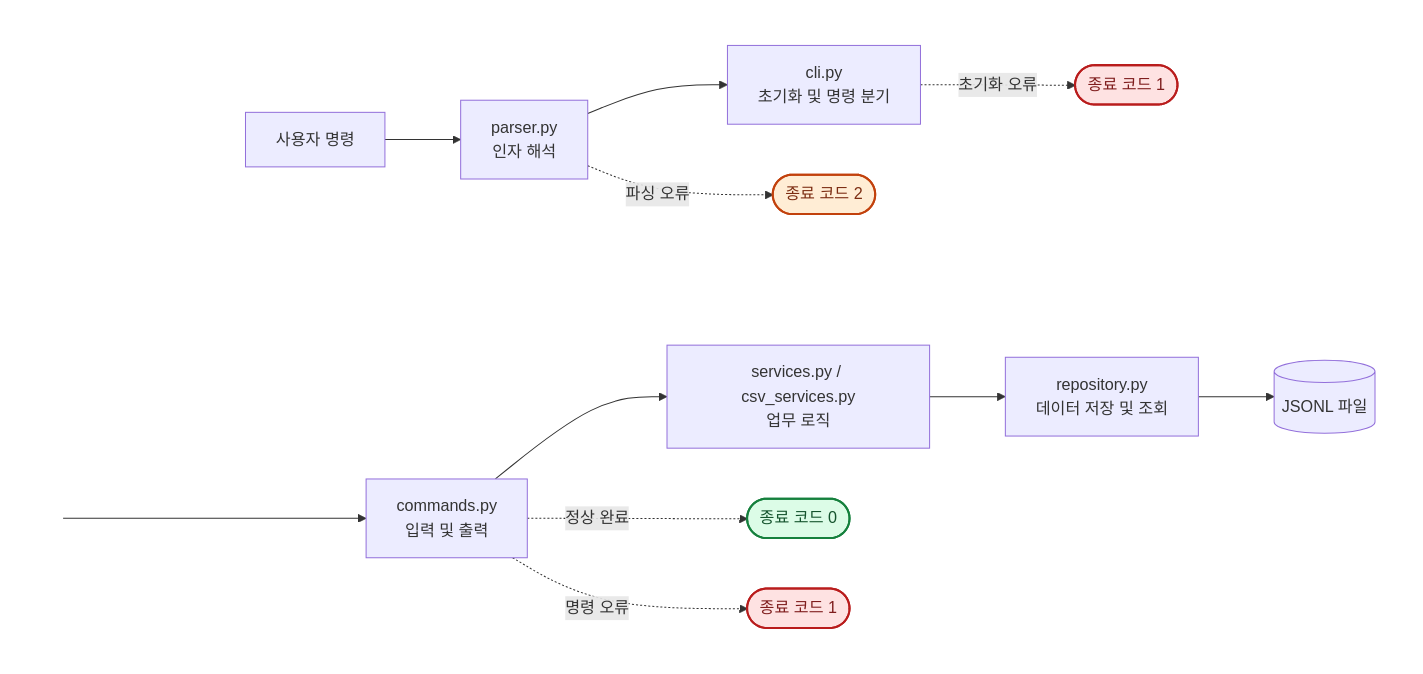
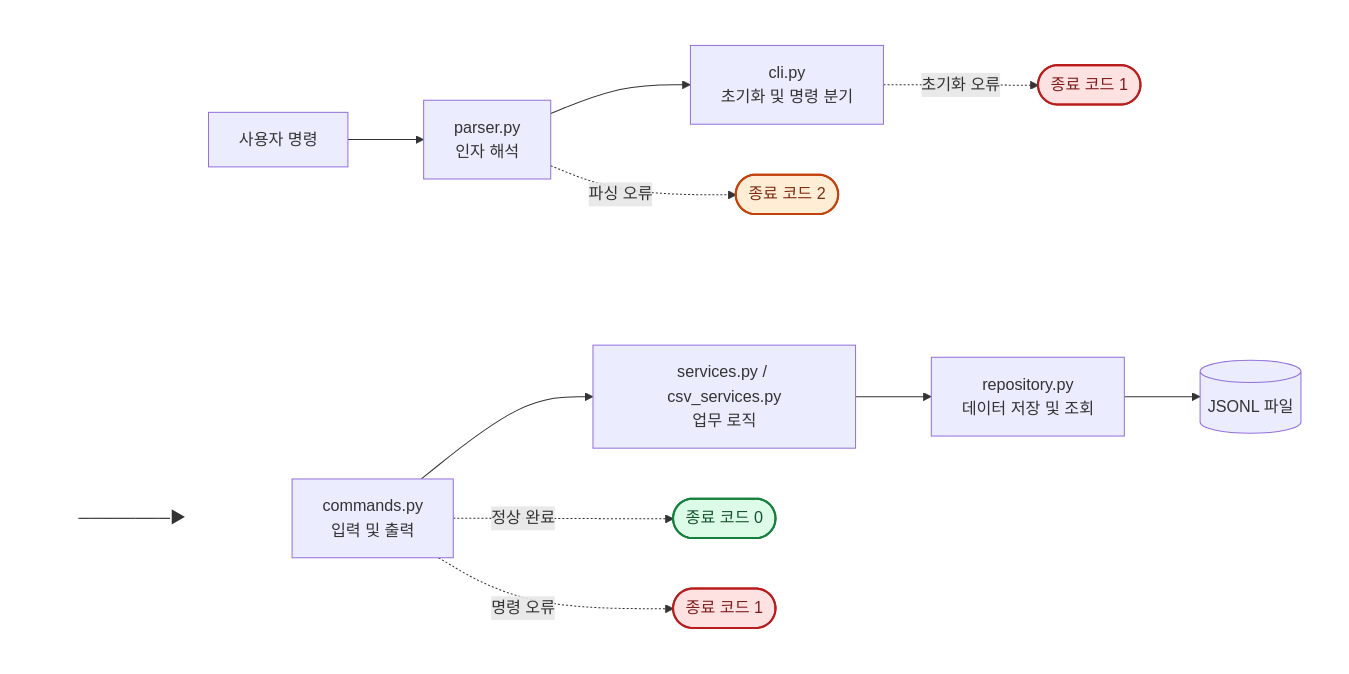
The diagram in README.md (bllancck/B2-1.py-ledger-cli), drawn with Mermaid before and after one commit.

Commit message:
docs: render command flow arrow explicitly

````diff
--- a/README.md
+++ b/README.md
@@ -58,34 +58,34 @@
 ```mermaid
 flowchart TB
     subgraph first_row[" "]
         direction LR
         user[사용자 명령] --> parser[parser.py<br/>인자 해석]
         parser --> cli[cli.py<br/>초기화 및 명령 분기]
         parser -. 파싱 오류 .-> exit2([종료 코드 2])
         cli -. 초기화 오류 .-> init_error([종료 코드 1])
     end
 
     subgraph second_row[" "]
         direction LR
-        next(( )) -----> commands[commands.py<br/>입력 및 출력]
+        next["────────▶"] ~~~ commands[commands.py<br/>입력 및 출력]
         services[services.py / csv_services.py<br/>업무 로직]
         commands --> services
         services --> repository[repository.py<br/>데이터 저장 및 조회]
         repository --> files[(JSONL 파일)]
         commands -. 정상 완료 .-> exit0([종료 코드 0])
         commands -. 명령 오류 .-> command_error([종료 코드 1])
     end
 
     first_row ~~~ second_row
 
     style first_row fill:none,stroke:none
     style second_row fill:none,stroke:none
     style next fill:none,stroke:none
 
     classDef exitSuccess fill:#dcfce7,stroke:#15803d,color:#14532d,stroke-width:2px
     classDef exitError fill:#fee2e2,stroke:#b91c1c,color:#7f1d1d,stroke-width:2px
     classDef exitParse fill:#ffedd5,stroke:#c2410c,color:#7c2d12,stroke-width:2px
     class exit0 exitSuccess
     class init_error,command_error exitError
     class exit2 exitParse
 ```
````
